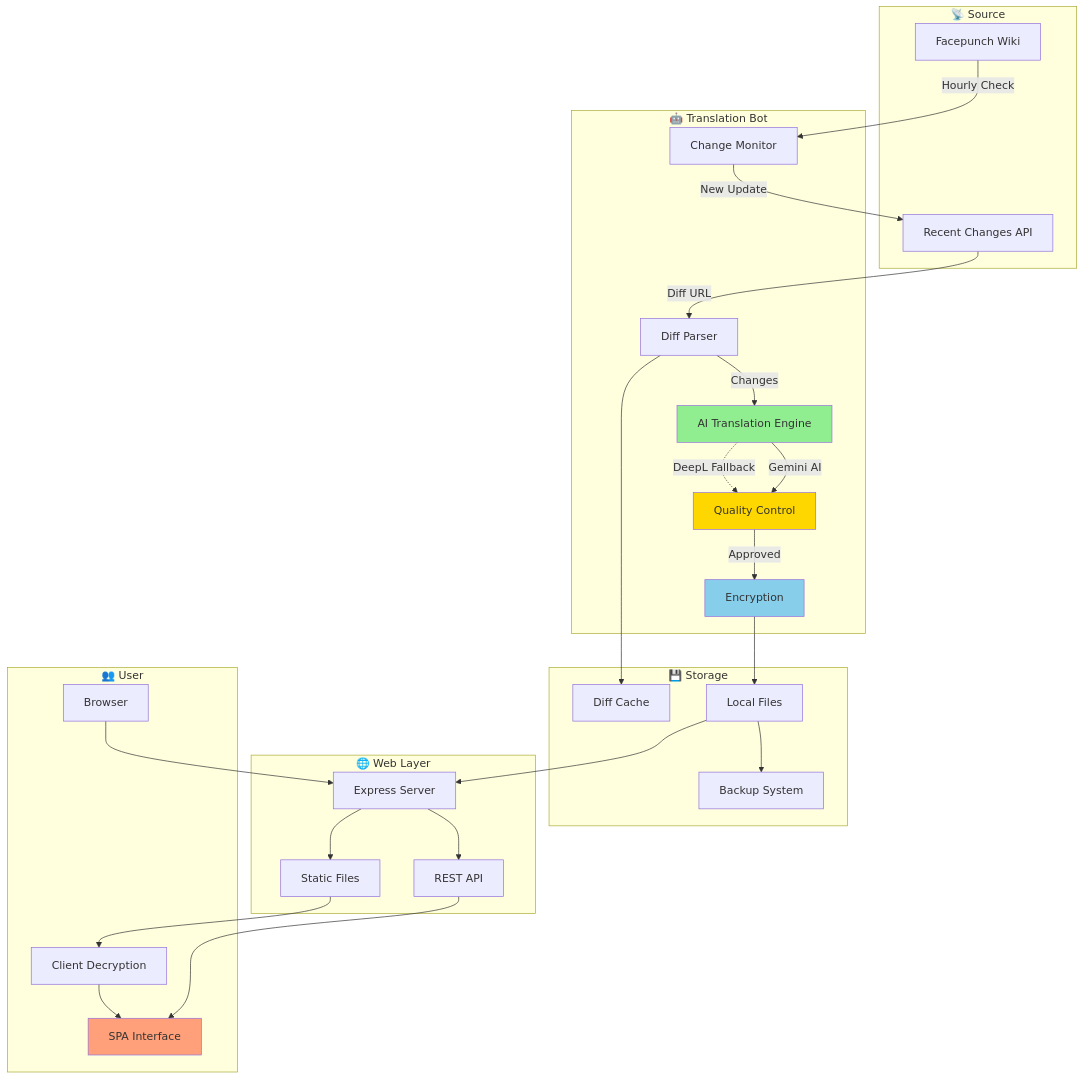
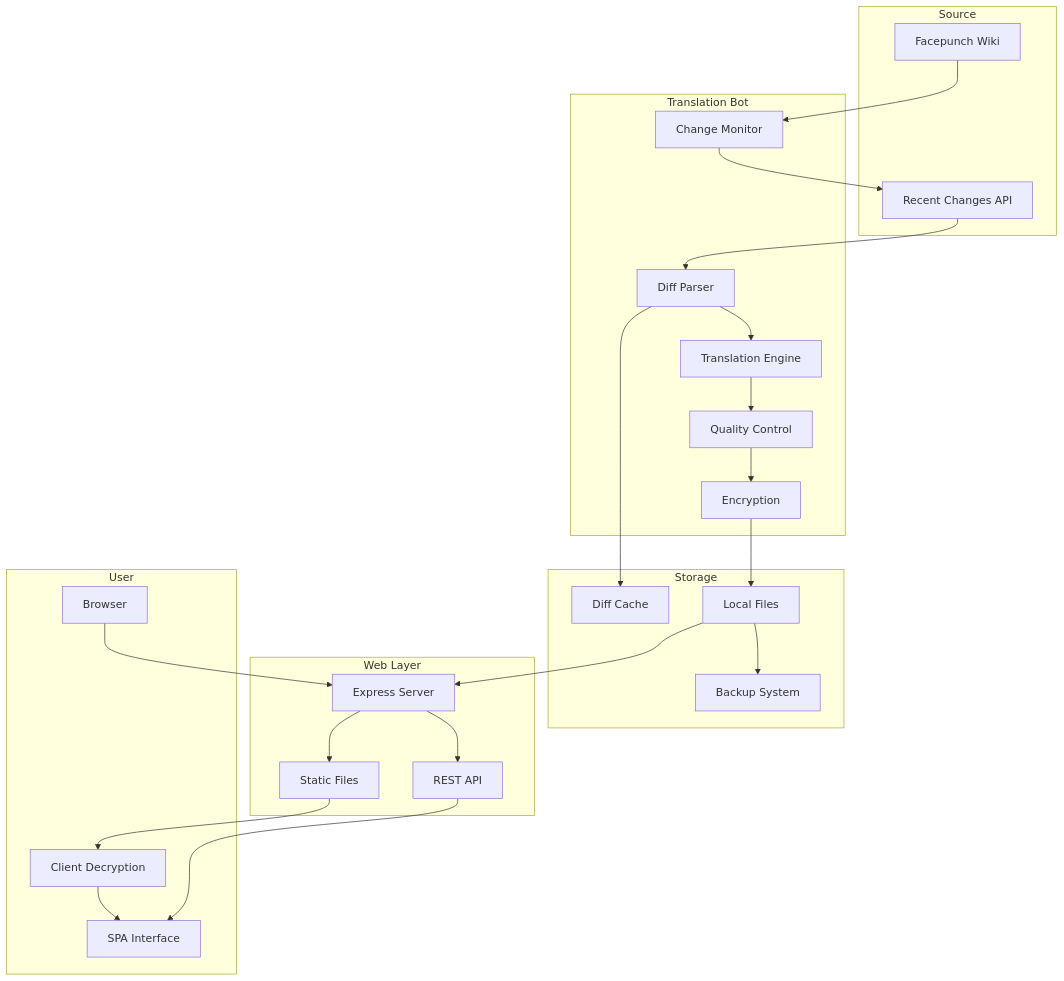
Before and after one commit to Paracci/facepunch-wiki-tr: the first of 2 diagrams in README.md, drawn with Mermaid. The commit also changed other lines of this file, not shown here.

First line of the commit message:
add local Helsinki-NLP fallback model

````diff
--- a/README.md
+++ b/README.md
@@ -113,60 +108,53 @@
 ```mermaid
 flowchart TB
-    subgraph Source["📡 Source"]
+    subgraph Source["Source"]
         FP[Facepunch Wiki]
         RC[Recent Changes API]
     end
-    
-    subgraph Bot["🤖 Translation Bot"]
+
+    subgraph Bot["Translation Bot"]
         Monitor[Change Monitor]
         DiffParser[Diff Parser]
-        Translator[AI Translation Engine]
+        Translator[Translation Engine]
         Validator[Quality Control]
         Encryptor[Encryption]
     end
-    
-    subgraph Storage["💾 Storage"]
+
+    subgraph Storage["Storage"]
         Local[Local Files]
         Backup[Backup System]
         Cache[Diff Cache]
     end
-    
-    subgraph Web["🌐 Web Layer"]
+
+    subgraph Web["Web Layer"]
         Server[Express Server]
         API[REST API]
         Static[Static Files]
     end
-    
-    subgraph Client["👥 User"]
+
+    subgraph Client["User"]
         Browser[Browser]
         Decrypt[Client Decryption]
         UI[SPA Interface]
     end
-    
-    FP -->|Hourly Check| Monitor
-    Monitor -->|New Update| RC
-    RC -->|Diff URL| DiffParser
-    DiffParser -->|Changes| Translator
-    
-    Translator -->|Gemini AI| Validator
-    Translator -.->|DeepL Fallback| Validator
-    
-    Validator -->|Approved| Encryptor
+
+    FP --> Monitor
+    Monitor --> RC
+    RC --> DiffParser
+    DiffParser --> Translator
+
+    Translator --> Validator
+    Validator --> Encryptor
     Encryptor --> Local
     Local --> Backup
     DiffParser --> Cache
-    
+
     Local --> Server
     Server --> API
     Server --> Static
-    
+
     Browser --> Server
     Static --> Decrypt
     API --> UI
     Decrypt --> UI
-    
-    style Translator fill:#90EE90
-    style Validator fill:#FFD700
-    style Encryptor fill:#87CEEB
-    style UI fill:#FFA07A
 ```
````
